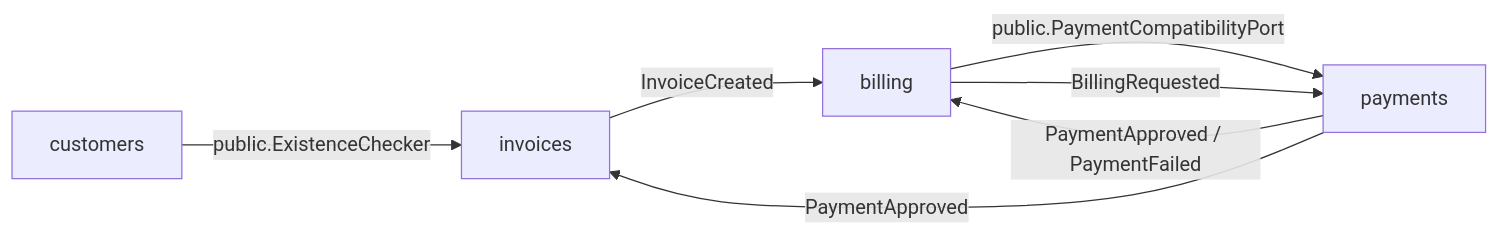
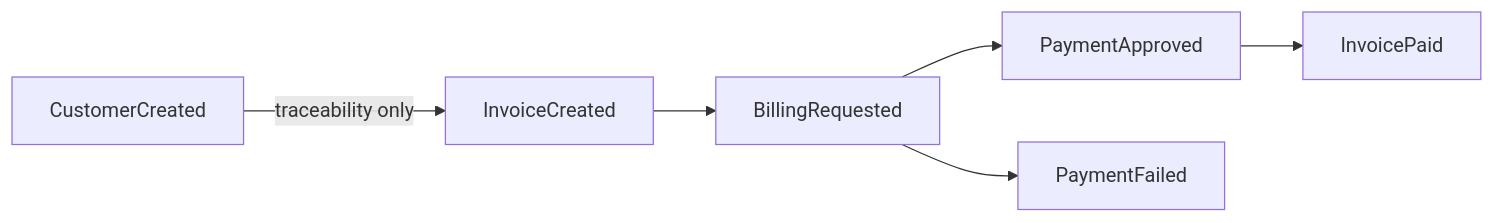
One commit to rgomids/atlas-erp-core changed diagram 14 of 14 in docs/diagrams/architecture.md. Above: the diagram before and after it, drawn with Mermaid. The commit also changed other lines of this file and 33 other files, not shown here.

````diff
--- a/docs/diagrams/architecture.md
+++ b/docs/diagrams/architecture.md
@@ -137,14 +327,15 @@
 ```mermaid
 flowchart LR
-    customers["customers"]
-    invoices["invoices"]
-    billing["billing"]
-    payments["payments"]
+    customers["CustomerCreated"]
+    invoice_created["InvoiceCreated"]
+    billing_requested["BillingRequested"]
+    payment_approved["PaymentApproved"]
+    payment_failed["PaymentFailed"]
+    invoice_paid["InvoicePaid"]
 
-    customers -->|"public.ExistenceChecker"| invoices
-    invoices -->|"InvoiceCreated"| billing
-    billing -->|"public.PaymentCompatibilityPort"| payments
-    billing -->|"BillingRequested"| payments
-    payments -->|"PaymentApproved"| invoices
-    payments -->|"PaymentApproved / PaymentFailed"| billing
+    customers -->|"traceability only"| invoice_created
+    invoice_created --> billing_requested
+    billing_requested --> payment_approved
+    billing_requested --> payment_failed
+    payment_approved --> invoice_paid
 ```
````
